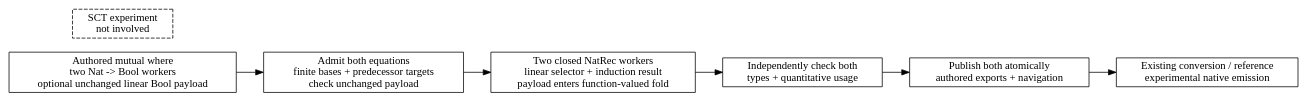
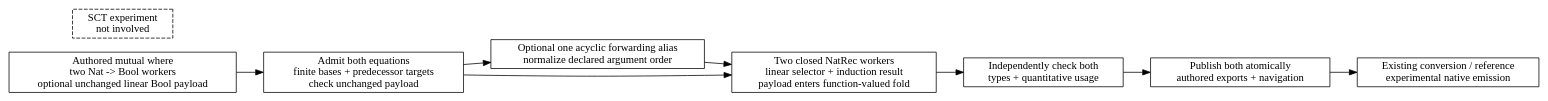
The diagram in docs/diagrams/mutual-structural-equations.dot (odunboye/fibril), drawn with Graphviz before and after one commit. The commit also changed 9 other files, not shown here.

```diff
--- a/docs/diagrams/mutual-structural-equations.dot
+++ b/docs/diagrams/mutual-structural-equations.dot
@@ -1,12 +1,14 @@
 digraph MutualStructuralEquations {
   rankdir=LR;
   node [shape=box];
   source [label="Authored mutual where\ntwo Nat -> Bool workers\noptional unchanged linear Bool payload"];
   plan [label="Admit both equations\nfinite bases + predecessor targets\ncheck unchanged payload"];
+  alias [label="Optional one acyclic forwarding alias\nnormalize declared argument order"];
   core [label="Two closed NatRec workers\nlinear selector + induction result\npayload enters function-valued fold"];
   check [label="Independently check both\ntypes + quantitative usage"];
   publish [label="Publish both atomically\nauthored exports + navigation"];
   run [label="Existing conversion / reference\nexperimental native emission"];
   source -> plan -> core -> check -> publish -> run;
+  plan -> alias -> core;
   sct [label="SCT experiment\nnot involved", style=dashed];
 }
```
